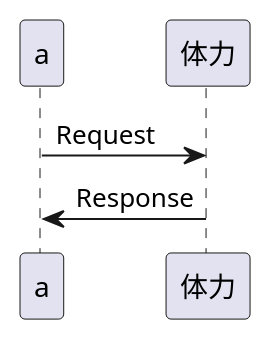
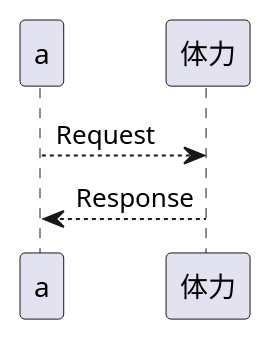
The diagram in 4kai kadai1.md (aso2001389/2021system), drawn with PlantUML before and after one commit.

Commit message:
Update 4kai kadai1.md

````diff
--- a/4kai kadai1.md
+++ b/4kai kadai1.md
@@ -1,6 +1,6 @@
 ```uml
 @startuml
-a -> 体力: Request
-体力 -> a: Response
+a --> 体力: Request
+体力 --> a: Response
 @enduml
 ```
````
